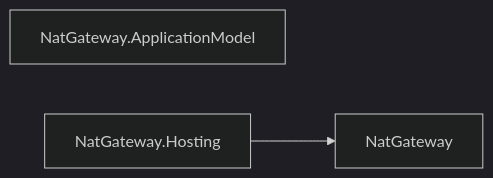
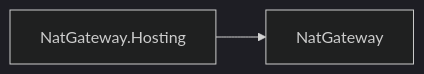
Before and after one commit to assimalign/cohesion: diagram 22 of 27 in docs/DEPENDENCIES.md, drawn with Mermaid (dark theme). The commit also changed other lines of this file and 441 other files, not shown here.

````diff
--- a/docs/DEPENDENCIES.md
+++ b/docs/DEPENDENCIES.md
@@ -853,7 +829,6 @@
 ```mermaid
 flowchart LR
     N0["NatGateway"]
-    N1["NatGateway.ApplicationModel"]
-    N2["NatGateway.Hosting"]
-    N2 --> N0
+    N1["NatGateway.Hosting"]
+    N1 --> N0
 ```
````
